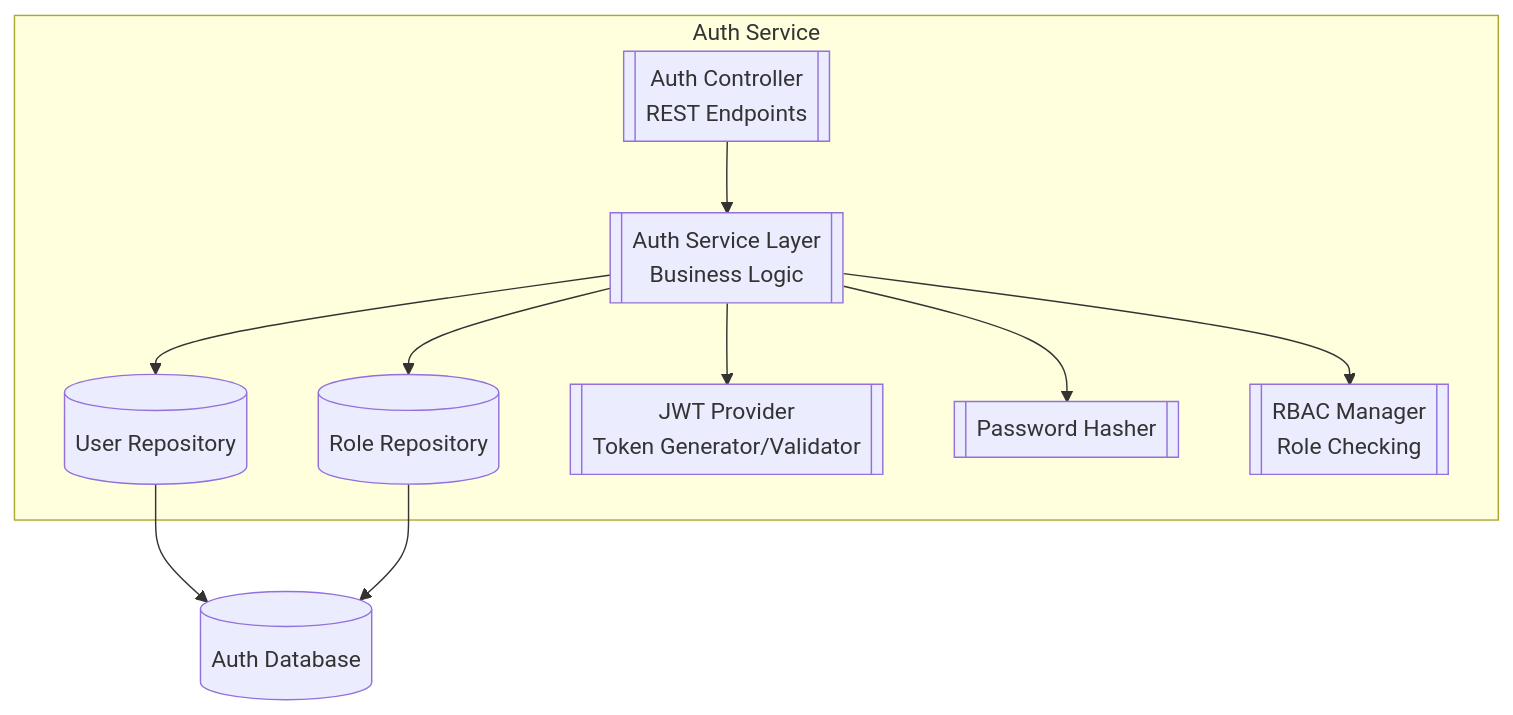
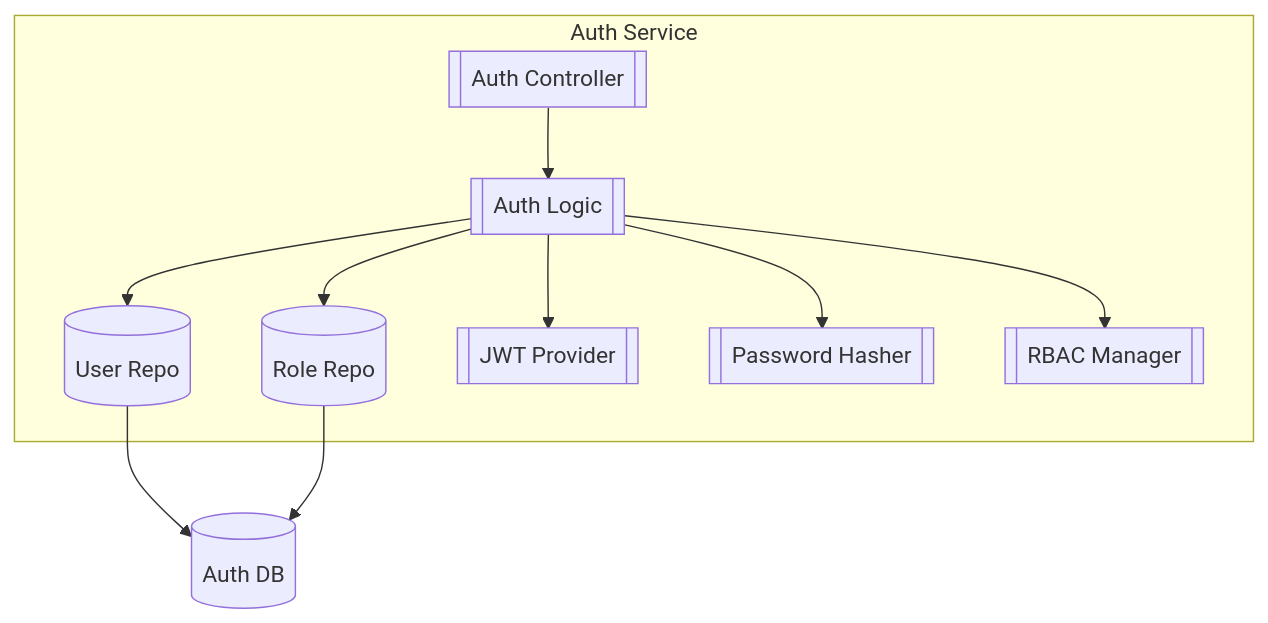
One commit to Amir-Goli-1383/test changed the fourth of 8 diagrams in README.md. Above: the diagram before and after it, drawn with Mermaid. The commit also changed other lines of this file, not shown here.

````diff
--- a/README.md
+++ b/README.md
@@ -153,31 +173,25 @@
 ```mermaid
 flowchart TB
 
-    %% ============= Auth Service Components =============
-    subgraph AuthService [Auth Service]
-
-        Controller[[Auth Controller<br/>REST Endpoints]]
-        ServiceLayer[[Auth Service Layer<br/>Business Logic]]
-        UserRepo[(User Repository)]
-        RoleRepo[(Role Repository)]
-        JWTProvider[[JWT Provider<br/>Token Generator/Validator]]
+    subgraph AuthService ["Auth Service"]
+        Controller[[Auth Controller]]
+        ServiceLayer[[Auth Logic]]
+        UserRepo[(User Repo)]
+        RoleRepo[(Role Repo)]
+        JWTProvider[[JWT Provider]]
         PasswordHasher[[Password Hasher]]
-        RBAC[[RBAC Manager<br/>Role Checking]]
-
+        RBAC[[RBAC Manager]]
     end
 
-    %% ============= Database =============
-    AuthDB[(Auth Database)]
+    AuthDB[(Auth DB)]
 
-    %% ============= Flows =============
     Controller --> ServiceLayer
-
     ServiceLayer --> UserRepo
     ServiceLayer --> RoleRepo
     ServiceLayer --> JWTProvider
     ServiceLayer --> PasswordHasher
     ServiceLayer --> RBAC
 
     UserRepo --> AuthDB
     RoleRepo --> AuthDB
 ```
````
